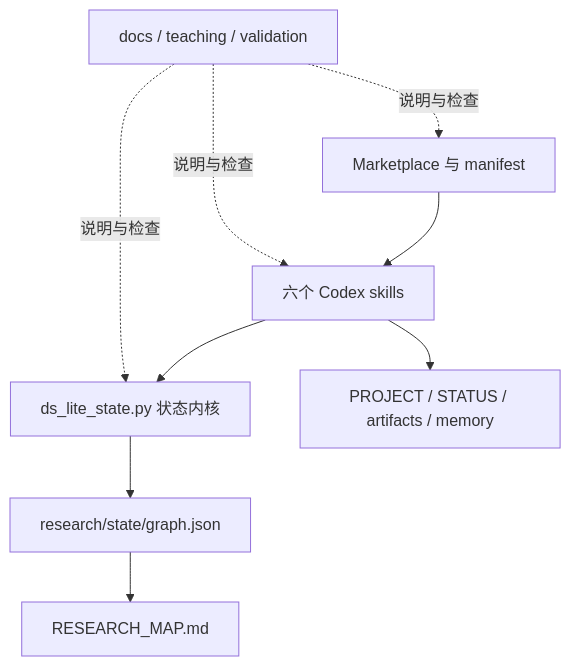
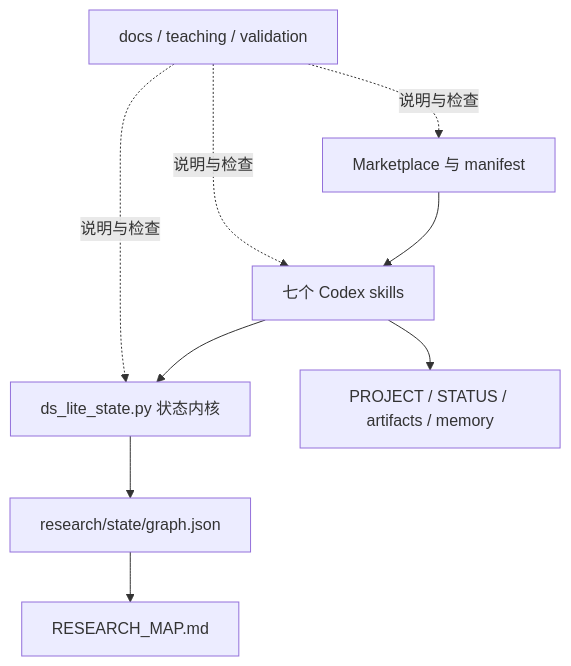
One commit to AlexenderSokolov/deepscientist-lite-codex-plugin changed the first of 2 diagrams in docs/implementation.zh.md. Above: the diagram before and after it, drawn with Mermaid. The commit also changed other lines of this file and 32 other files, not shown here.

````diff
--- a/docs/implementation.zh.md
+++ b/docs/implementation.zh.md
@@ -83,11 +97,11 @@
 ```mermaid
 flowchart TB
-    M["Marketplace 与 manifest"] --> S["六个 Codex skills"]
+    M["Marketplace 与 manifest"] --> S["七个 Codex skills"]
     S --> K["ds_lite_state.py 状态内核"]
     S --> F["PROJECT / STATUS / artifacts / memory"]
     K --> G["research/state/graph.json"]
     G --> R["RESEARCH_MAP.md"]
     D["docs / teaching / validation"] -. 说明与检查 .-> M
     D -. 说明与检查 .-> S
     D -. 说明与检查 .-> K
 ```
````
